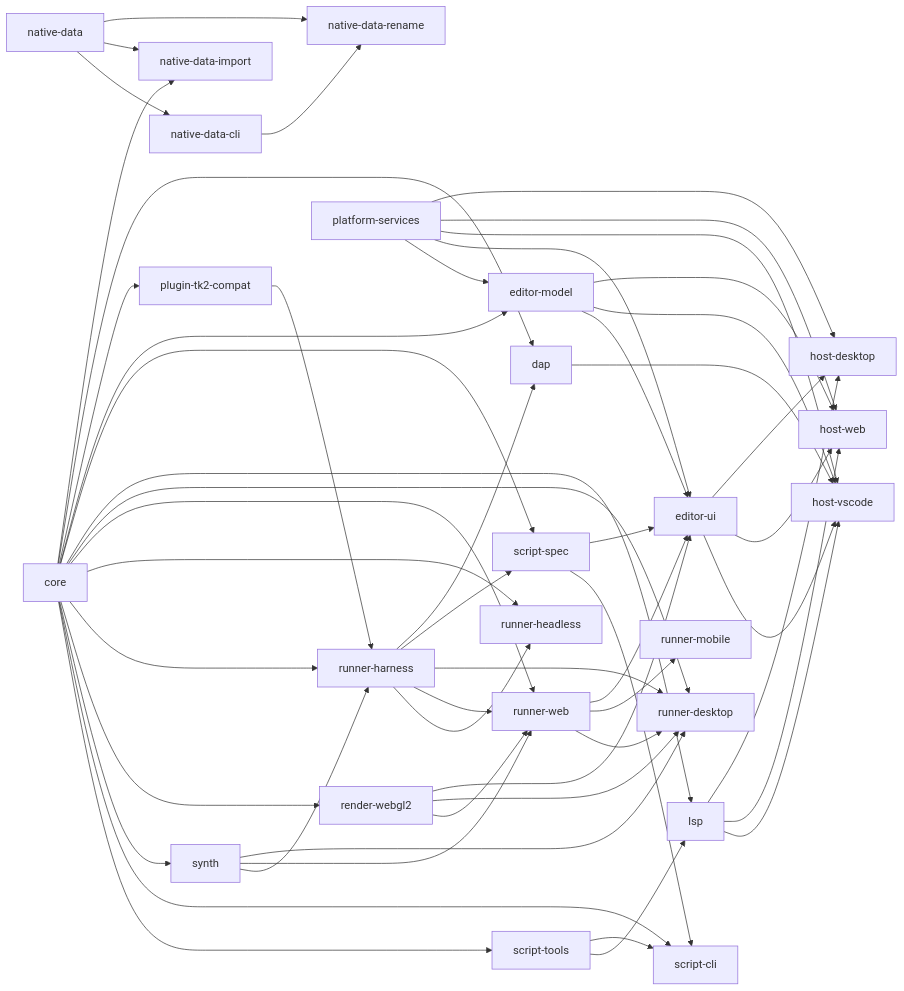
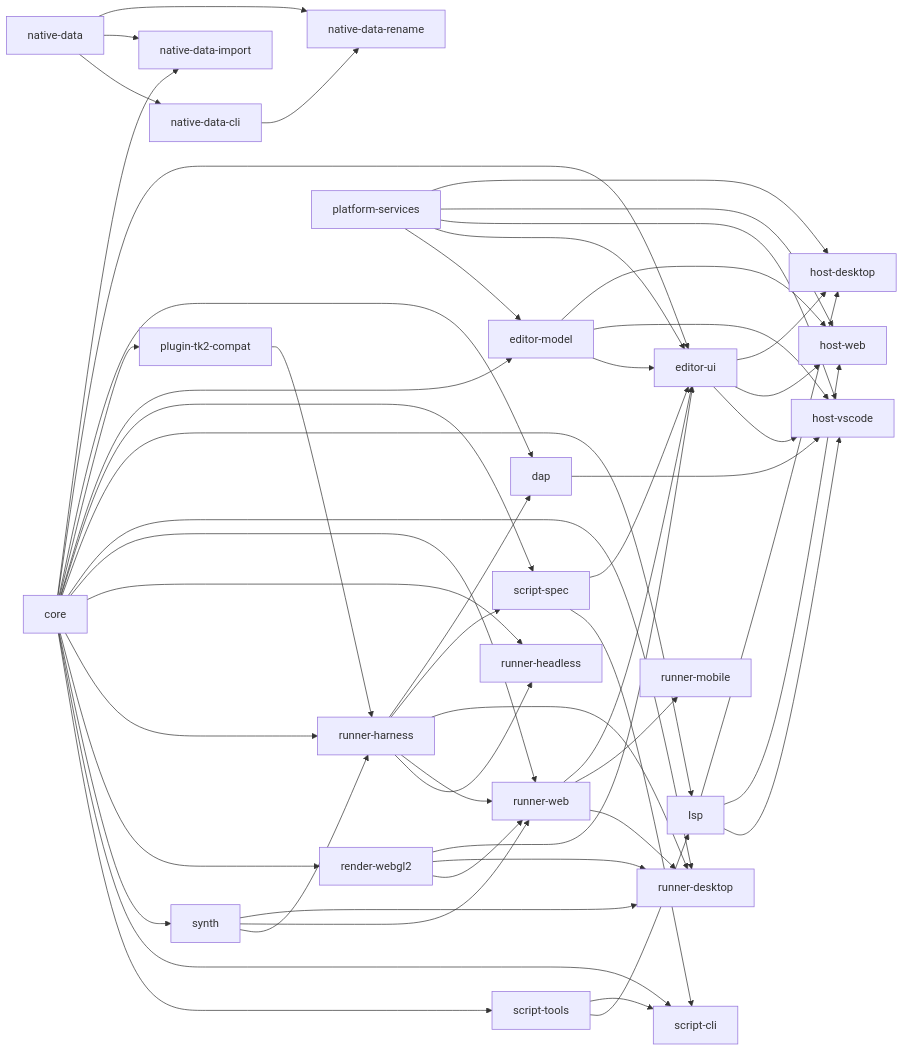
Before and after one commit to tk-reawakened/rpgtoolkit-reawakened: the first of 3 diagrams in _bmad-output/initiative-rpgtoolkit-reawakened/architecture-rpgtoolkit-reawakened/architecture-rpgtoolkit-reawakened.md, drawn with Mermaid. The commit also changed 1 other file, not shown here.

Commit message:
fix(deps): declare core raster access for editor UI
- Record the documented pure-core frame replay edge and regenerate the architecture diagram.
- pnpm graph:write and pnpm graph pass with zero violations.
- docs/spec/engine/rpgcode-tooling.md#tool-5.

````diff
--- a/_bmad-output/initiative-rpgtoolkit-reawakened/architecture-rpgtoolkit-reawakened/architecture-rpgtoolkit-reawakened.md
+++ b/_bmad-output/initiative-rpgtoolkit-reawakened/architecture-rpgtoolkit-reawakened/architecture-rpgtoolkit-reawakened.md
@@ -42,55 +42,56 @@
 ```mermaid
 graph LR
   core --> scripttools[script-tools]
   core --> scriptcli[script-cli]
   core --> synth
   core --> renderwebgl2[render-webgl2]
   core --> runnerharness[runner-harness]
   core --> runnerheadless[runner-headless]
   core --> runnerweb[runner-web]
   core --> runnerdesktop[runner-desktop]
   core --> lsp
   core --> scriptspec[script-spec]
   core --> editormodel[editor-model]
   core --> plugintk2compat[plugin-tk2-compat]
   scripttools --> lsp
   scripttools --> scriptcli
   scriptspec --> scriptcli
   synth --> runnerharness
   synth --> runnerweb
   synth --> runnerdesktop
   renderwebgl2 --> runnerweb
   renderwebgl2 --> runnerdesktop
   renderwebgl2 --> editorui[editor-ui]
   runnerharness --> runnerheadless
   runnerharness --> runnerweb
   runnerharness --> runnerdesktop
   runnerharness --> scriptspec
   core --> dap
+  core --> editorui
   runnerharness --> dap
   runnerweb --> runnerdesktop
   runnerweb --> runnermobile[runner-mobile]
   runnerweb --> editorui
   lsp --> hostvscode[host-vscode]
   lsp --> hostweb[host-web]
   lsp --> hostdesktop[host-desktop]
   dap --> hostvscode
   scriptspec --> editorui
   editormodel --> editorui
   editormodel --> hostvscode
   editormodel --> hostweb
   editorui --> hostvscode
   editorui --> hostweb
   editorui --> hostdesktop
   platformservices[platform-services] --> editormodel
   platformservices --> editorui
   platformservices --> hostvscode
   platformservices --> hostweb
   platformservices --> hostdesktop
   plugintk2compat --> runnerharness
   nativedata[native-data] --> nativedatacli[native-data-cli]
   core --> nativedataimport[native-data-import]
   nativedata --> nativedataimport
   nativedata --> nativedatarename[native-data-rename]
   nativedatacli --> nativedatarename
 ```
````
